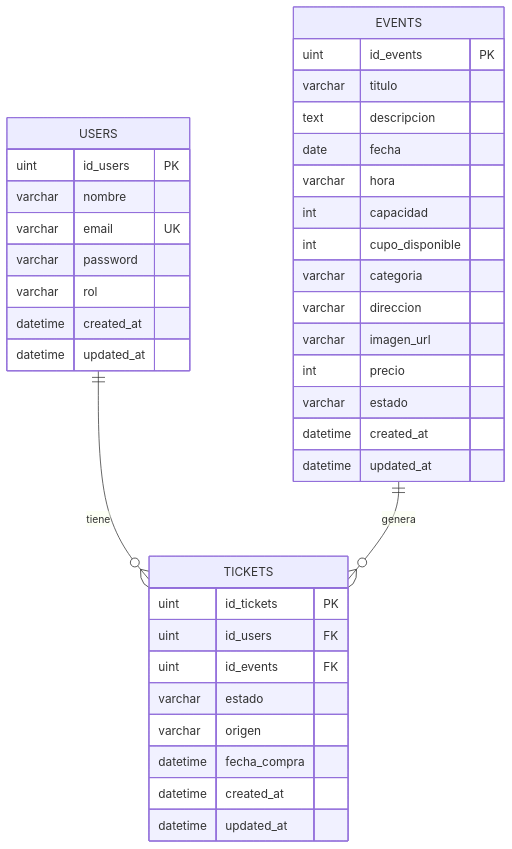
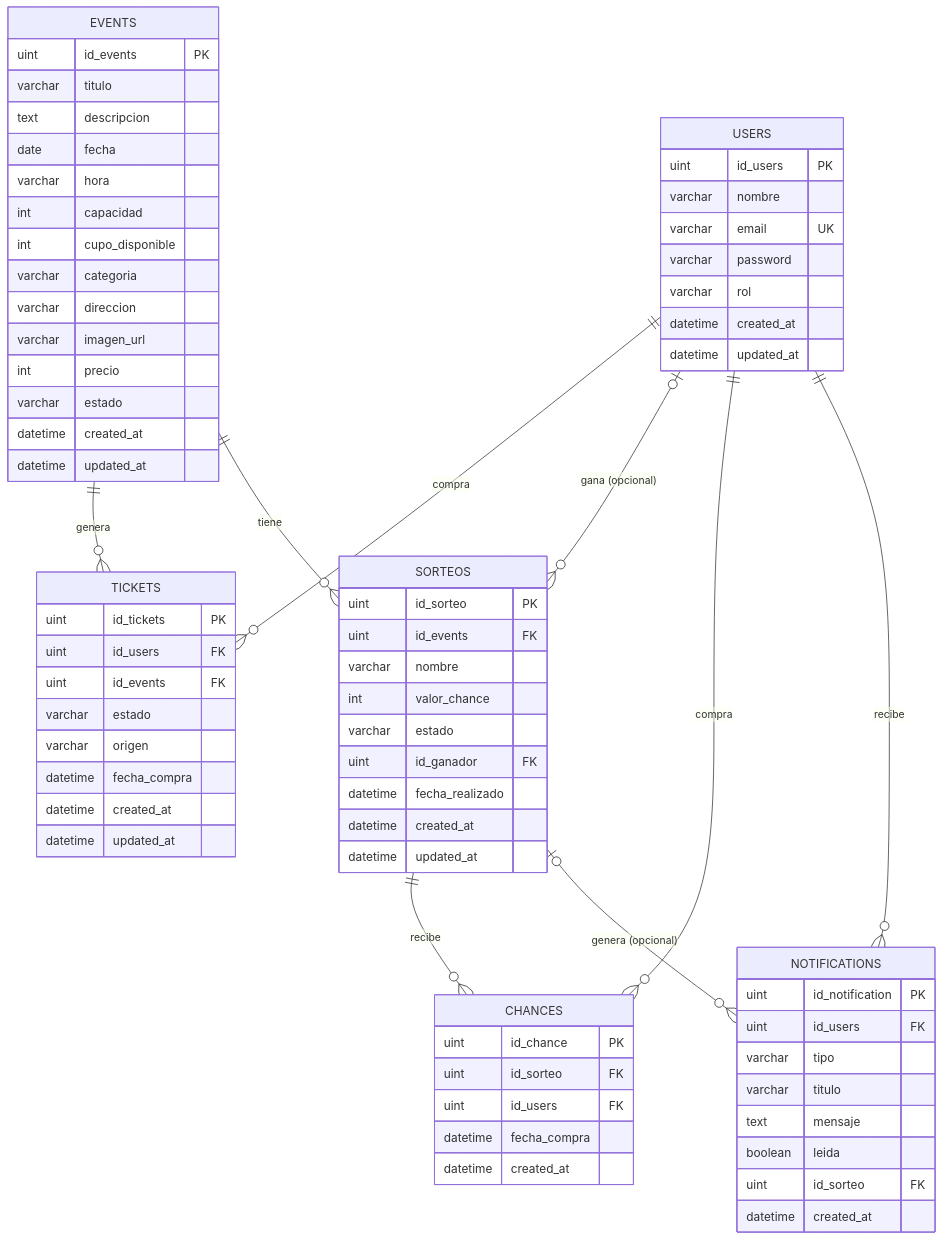
One commit to AguAlbizu/ProyectoTicketet changed the diagram in README.md. Above: the diagram before and after it, drawn with Mermaid. The commit also changed other lines of this file and 2 other files, not shown here.

Commit message:
merge a main

````diff
--- a/README.md
+++ b/README.md
@@ -353,43 +335,80 @@
 ```mermaid
 erDiagram
     USERS {
         uint id_users PK
         varchar nombre
         varchar email UK
         varchar password
         varchar rol
         datetime created_at
         datetime updated_at
     }
 
     EVENTS {
         uint id_events PK
         varchar titulo
         text descripcion
         date fecha
         varchar hora
         int capacidad
         int cupo_disponible
         varchar categoria
         varchar direccion
         varchar imagen_url
         int precio
         varchar estado
         datetime created_at
         datetime updated_at
     }
 
     TICKETS {
         uint id_tickets PK
         uint id_users FK
         uint id_events FK
         varchar estado
         varchar origen
         datetime fecha_compra
         datetime created_at
         datetime updated_at
     }
 
-    USERS ||--o{ TICKETS : "tiene"
-    EVENTS ||--o{ TICKETS : "genera"
+    SORTEOS {
+        uint id_sorteo PK
+        uint id_events FK
+        varchar nombre
+        int valor_chance
+        varchar estado
+        uint id_ganador FK
+        datetime fecha_realizado
+        datetime created_at
+        datetime updated_at
+    }
+
+    CHANCES {
+        uint id_chance PK
+        uint id_sorteo FK
+        uint id_users FK
+        datetime fecha_compra
+        datetime created_at
+    }
+
+    NOTIFICATIONS {
+        uint id_notification PK
+        uint id_users FK
+        varchar tipo
+        varchar titulo
+        text mensaje
+        boolean leida
+        uint id_sorteo FK
+        datetime created_at
+    }
+
+    USERS       ||--o{ TICKETS       : "compra"
+    EVENTS      ||--o{ TICKETS       : "genera"
+    EVENTS      ||--o{ SORTEOS       : "tiene"
+    USERS       |o--o{ SORTEOS       : "gana (opcional)"
+    SORTEOS     ||--o{ CHANCES       : "recibe"
+    USERS       ||--o{ CHANCES       : "compra"
+    USERS       ||--o{ NOTIFICATIONS : "recibe"
+    SORTEOS     |o--o{ NOTIFICATIONS : "genera (opcional)"
 ```
````
